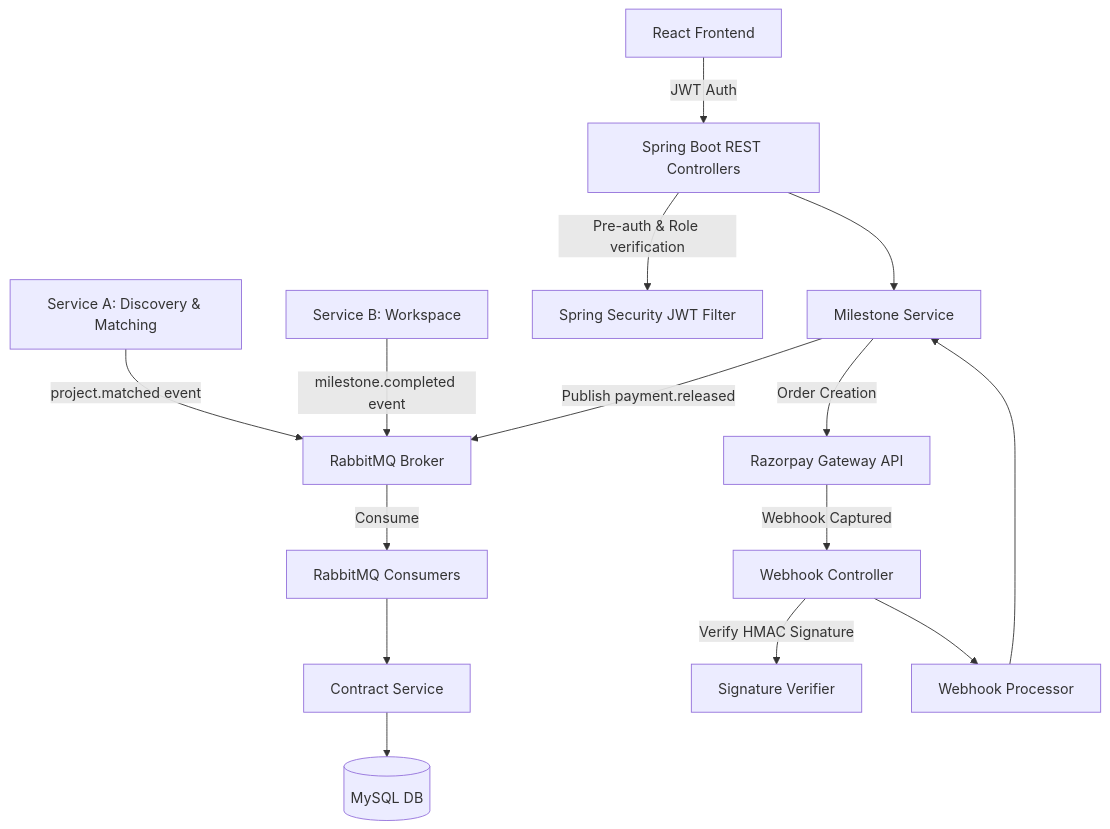
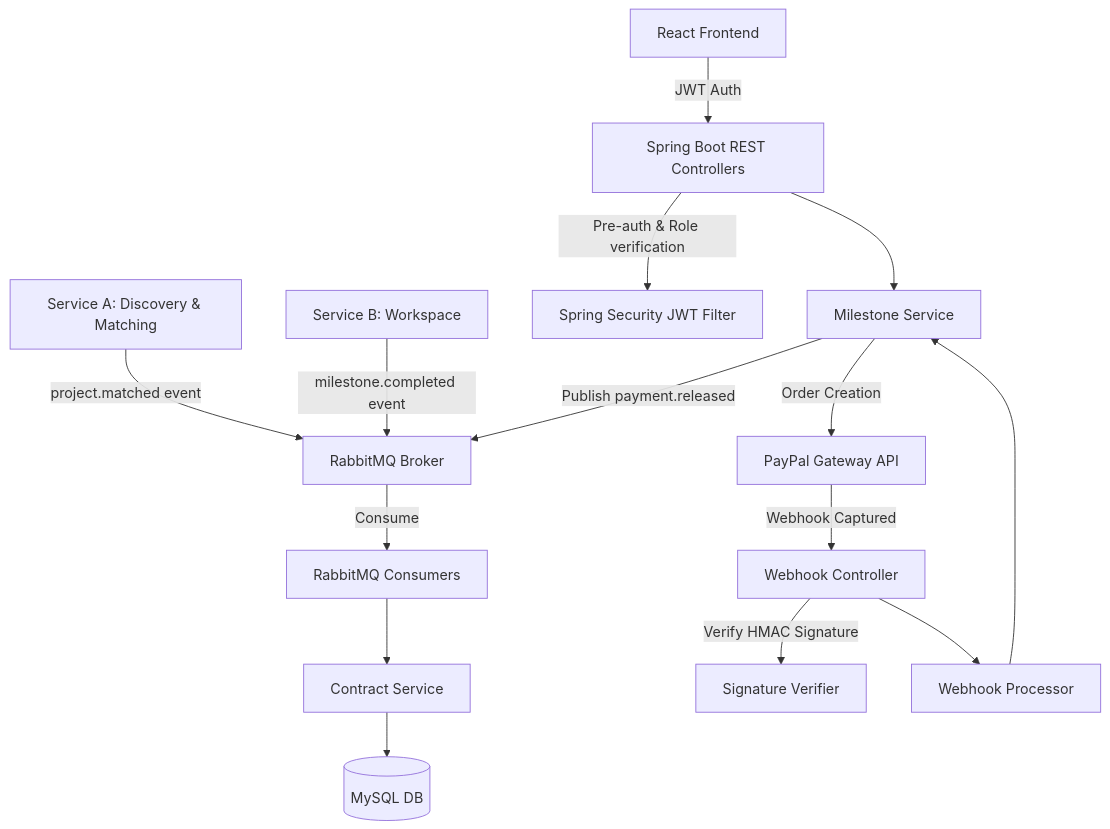
The diagram in README.md (Rijja-explore/DevCollab-Freelance-Platform-for-Tech-Students), drawn with Mermaid before and after one commit. The commit also changed other lines of this file and 161 other files, not shown here.

````diff
--- a/README.md
+++ b/README.md
@@ -9,19 +9,19 @@
 ```mermaid
 graph TD
     ServiceA[Service A: Discovery & Matching] -- project.matched event --> RabbitMQ[RabbitMQ Broker]
     ServiceB[Service B: Workspace] -- milestone.completed event --> RabbitMQ
     RabbitMQ -- Consume --> Consumer[RabbitMQ Consumers]
     Consumer --> ContractService[Contract Service]
     ContractService --> DB[(MySQL DB)]
 
     Client[React Frontend] -- JWT Auth --> REST[Spring Boot REST Controllers]
     REST -- Pre-auth & Role verification --> SecurityFilter[Spring Security JWT Filter]
     REST --> MilestoneService[Milestone Service]
     
-    MilestoneService -- Order Creation --> Razorpay[Razorpay Gateway API]
-    Razorpay -- Webhook Captured --> WebhookController[Webhook Controller]
+    MilestoneService -- Order Creation --> PayPal[PayPal Gateway API]
+    PayPal -- Webhook Captured --> WebhookController[Webhook Controller]
     WebhookController -- Verify HMAC Signature --> WebhookVerifier[Signature Verifier]
     WebhookController --> WebhookProcessor[Webhook Processor]
     WebhookProcessor --> MilestoneService
     MilestoneService -- Publish payment.released --> RabbitMQ
 ```
````
